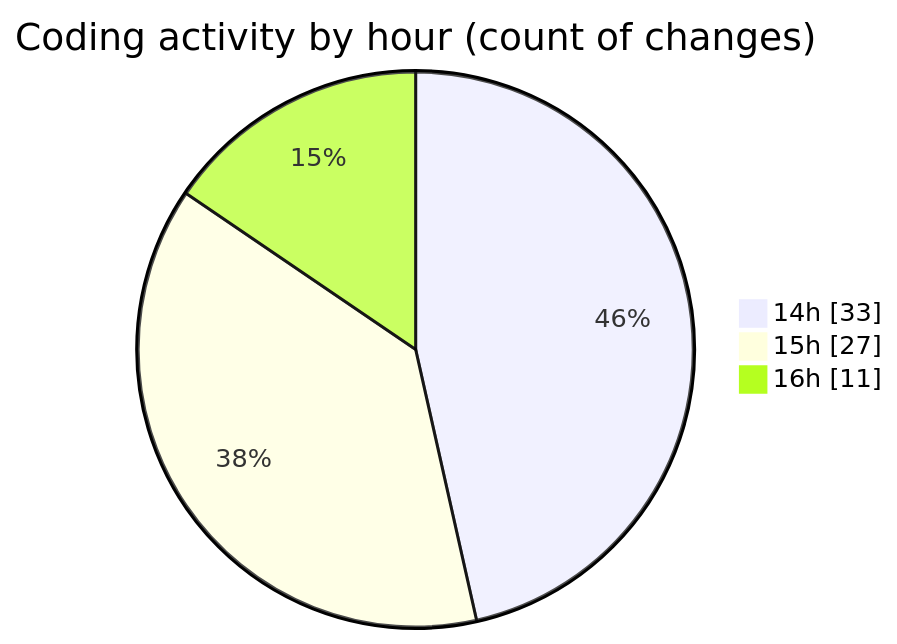
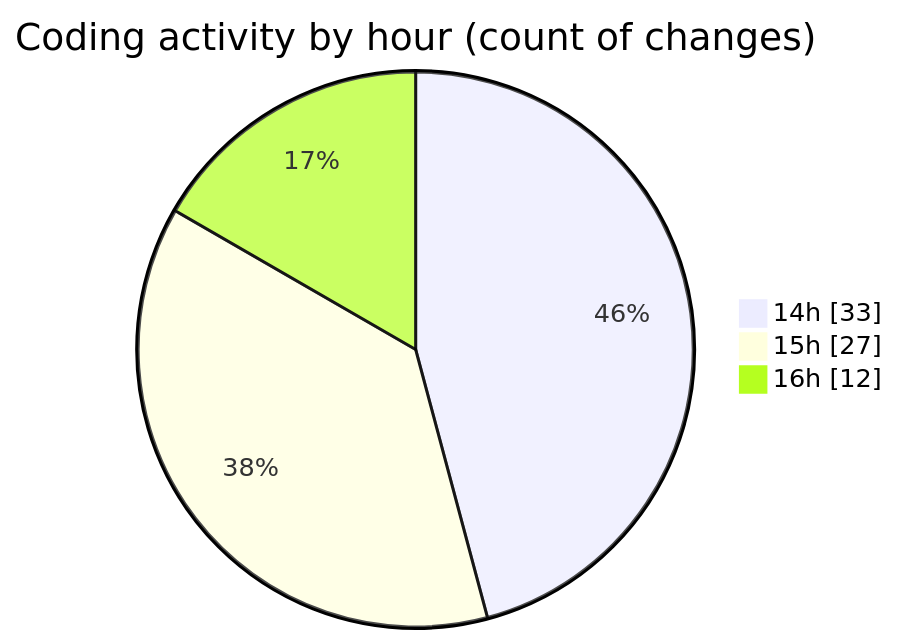
The second of 2 diagrams in 2026-03-04/shadcn-admin-kit-main__workspace_/README.md (jadenblack/code-tracking), drawn with Mermaid before and after one commit. The commit also changed other lines of this file and 1 other file, not shown here.

````diff
--- a/2026-03-04/shadcn-admin-kit-main__workspace_/README.md
+++ b/2026-03-04/shadcn-admin-kit-main__workspace_/README.md
@@ -65,7 +65,7 @@
 ```mermaid
 pie showData
 title Coding activity by hour (count of changes)
 "14h" : 33
 "15h" : 27
-"16h" : 11
+"16h" : 12
 ```
````
